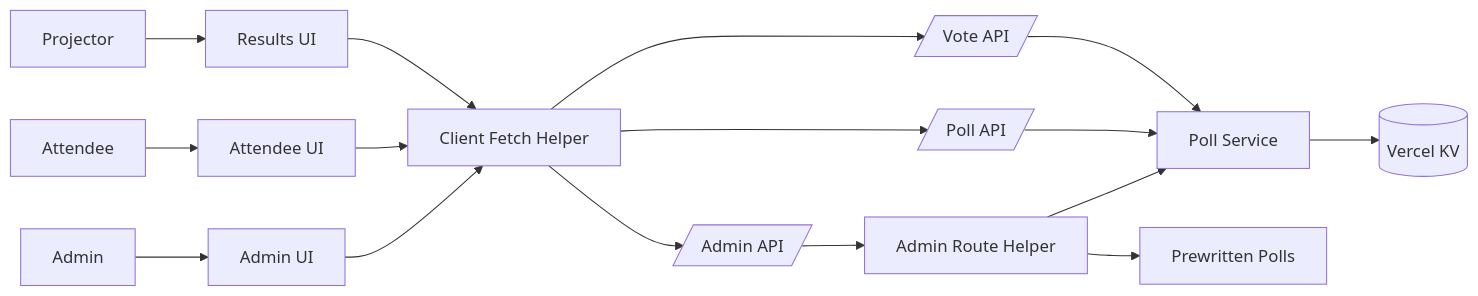
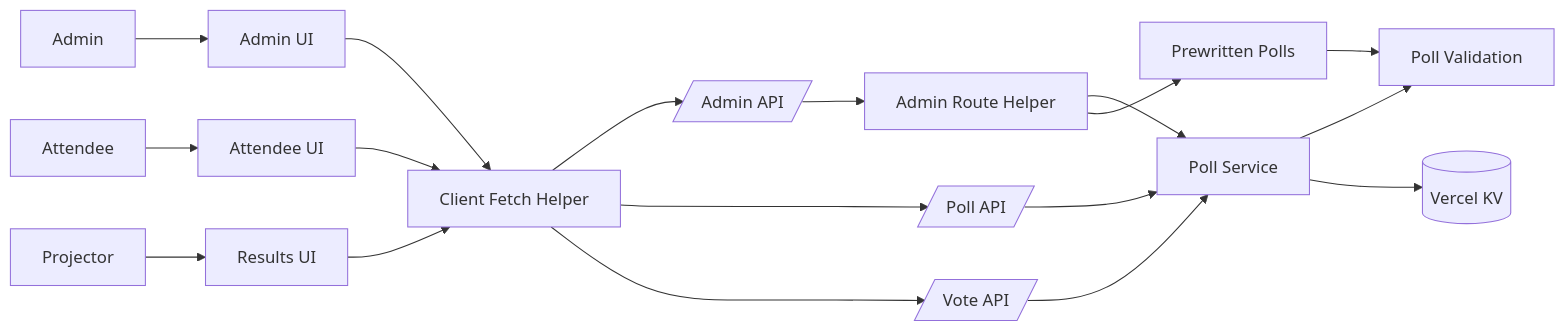
Before and after one commit to grp06/live-polling: the first of 2 diagrams in ARCHITECTURE.md, drawn with Mermaid. The commit also changed other lines of this file and 1 other file, not shown here.

Commit message:
Update architecture for poll validation

````diff
--- a/ARCHITECTURE.md
+++ b/ARCHITECTURE.md
@@ -75,18 +79,20 @@
 ```mermaid
 flowchart LR
   AdminUser[Admin] --> AdminUI[Admin UI]
   Attendee[Attendee] --> AttendeeUI[Attendee UI]
   Projector[Projector] --> ResultsUI[Results UI]
   AdminUI --> ClientFetch[Client Fetch Helper]
   AttendeeUI --> ClientFetch
   ResultsUI --> ClientFetch
   ClientFetch --> AdminAPI[/Admin API/]
   ClientFetch --> PollAPI[/Poll API/]
   ClientFetch --> VoteAPI[/Vote API/]
   AdminAPI --> AdminRoute[Admin Route Helper]
   AdminRoute --> PollService[Poll Service]
+  PollService --> PollValidation[Poll Validation]
   PollAPI --> PollService
   VoteAPI --> PollService
   PollService --> KV[(Vercel KV)]
   AdminRoute --> Presets[Prewritten Polls]
+  Presets --> PollValidation
 ```
````
